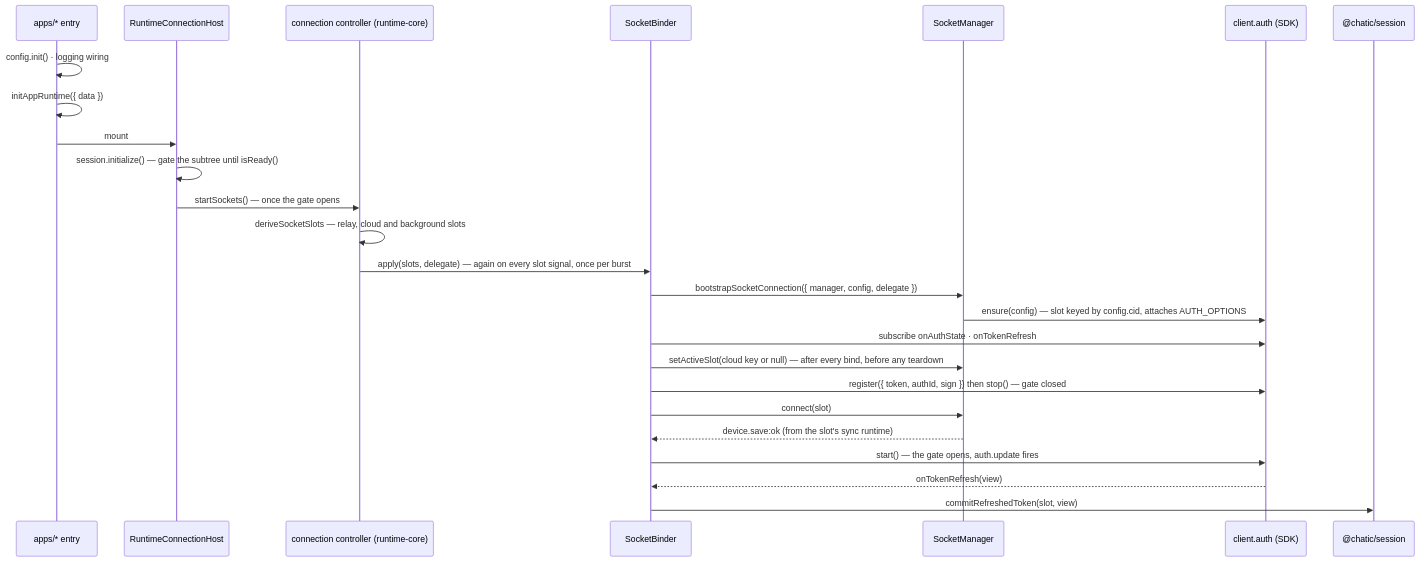
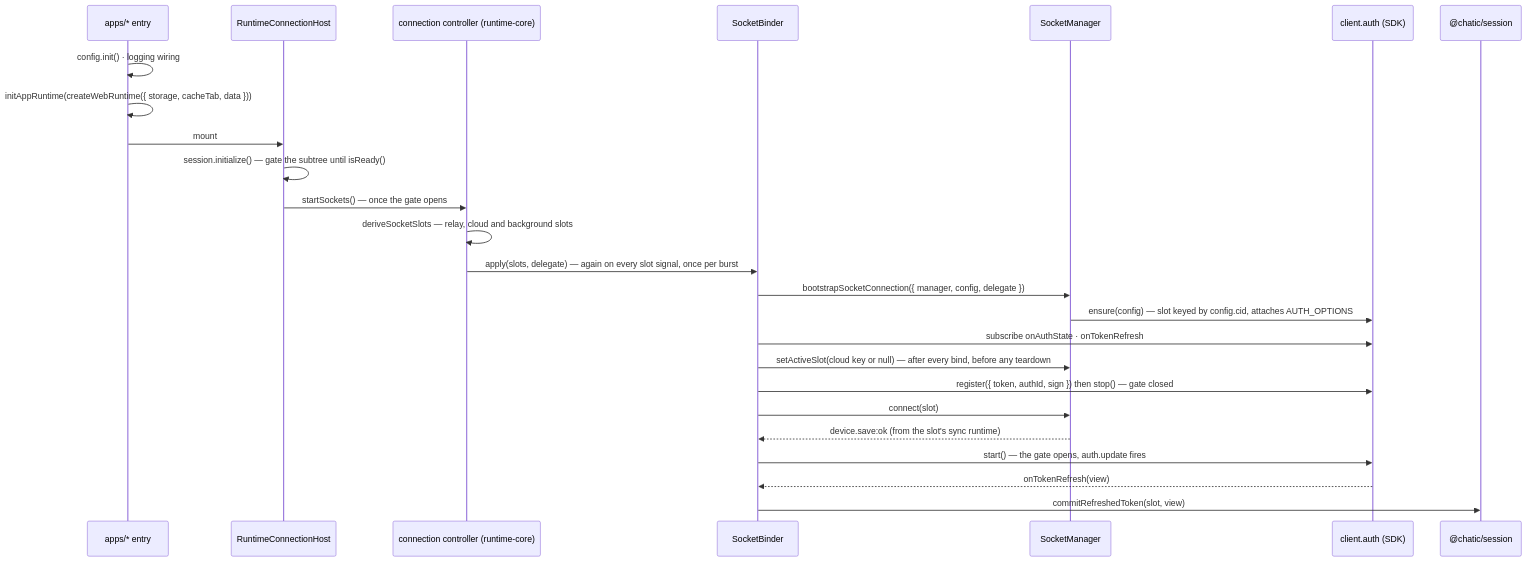
The second of 2 diagrams in libs/app-runtime/README.md (lemoncloud-io/dou-app), drawn with Mermaid before and after one commit. The commit also changed other lines of this file and 83 other files, not shown here.

First line of the commit message:
refactor(runtime-core,runtime-web,app-runtime): start the react surface from an engine (ADR-0308)

````diff
--- a/libs/app-runtime/README.md
+++ b/libs/app-runtime/README.md
@@ -162,28 +162,28 @@
 ```mermaid
 sequenceDiagram
     participant App as apps/* entry
     participant Host as RuntimeConnectionHost
     participant C as connection controller (runtime-core)
     participant B as SocketBinder
     participant M as SocketManager
     participant A as client.auth (SDK)
     participant S as @chatic/session
 
     App->>App: config.init() · logging wiring
-    App->>App: initAppRuntime({ data })
+    App->>App: initAppRuntime(createWebRuntime({ storage, cacheTab, data }))
     App->>Host: mount
     Host->>Host: session.initialize() — gate the subtree until isReady()
     Host->>C: startSockets() — once the gate opens
     C->>C: deriveSocketSlots — relay, cloud and background slots
     C->>B: apply(slots, delegate) — again on every slot signal, once per burst
     B->>M: bootstrapSocketConnection({ manager, config, delegate })
     M->>A: ensure(config) — slot keyed by config.cid, attaches AUTH_OPTIONS
     B->>A: subscribe onAuthState · onTokenRefresh
     B->>M: setActiveSlot(cloud key or null) — after every bind, before any teardown
     B->>A: register({ token, authId, sign }) then stop() — gate closed
     B->>M: connect(slot)
     M-->>B: device.save:ok (from the slot's sync runtime)
     B->>A: start() — the gate opens, auth.update fires
     A-->>B: onTokenRefresh(view)
     B->>S: commitRefreshedToken(slot, view)
 ```
````
